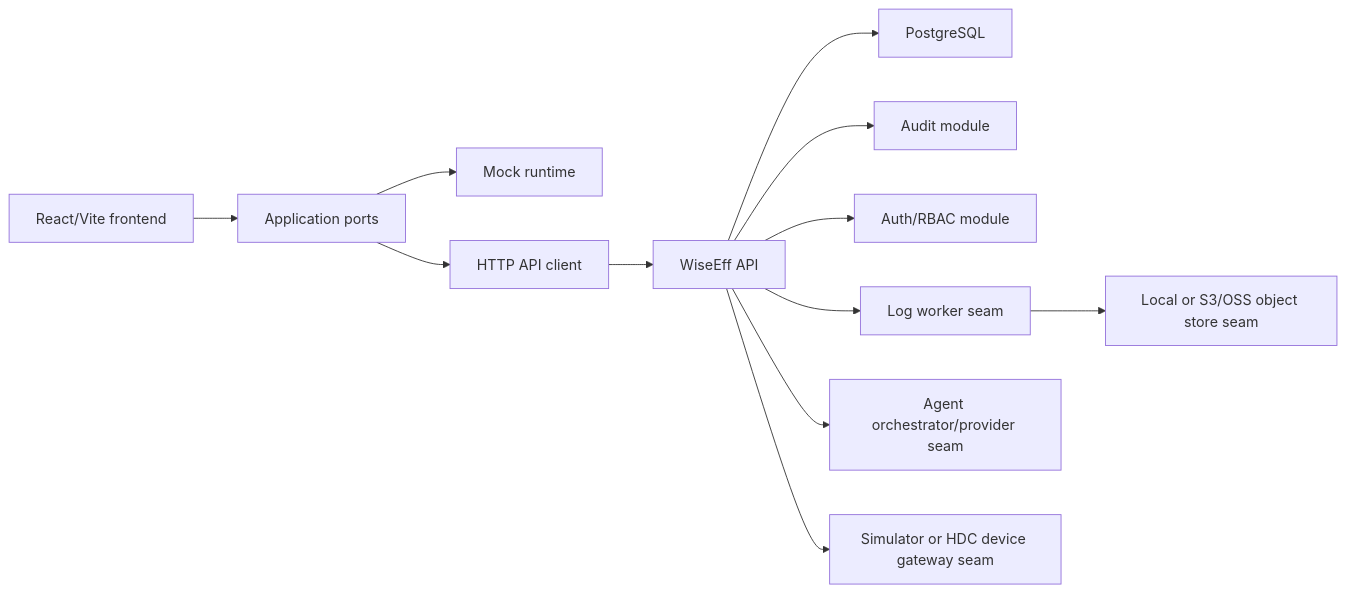
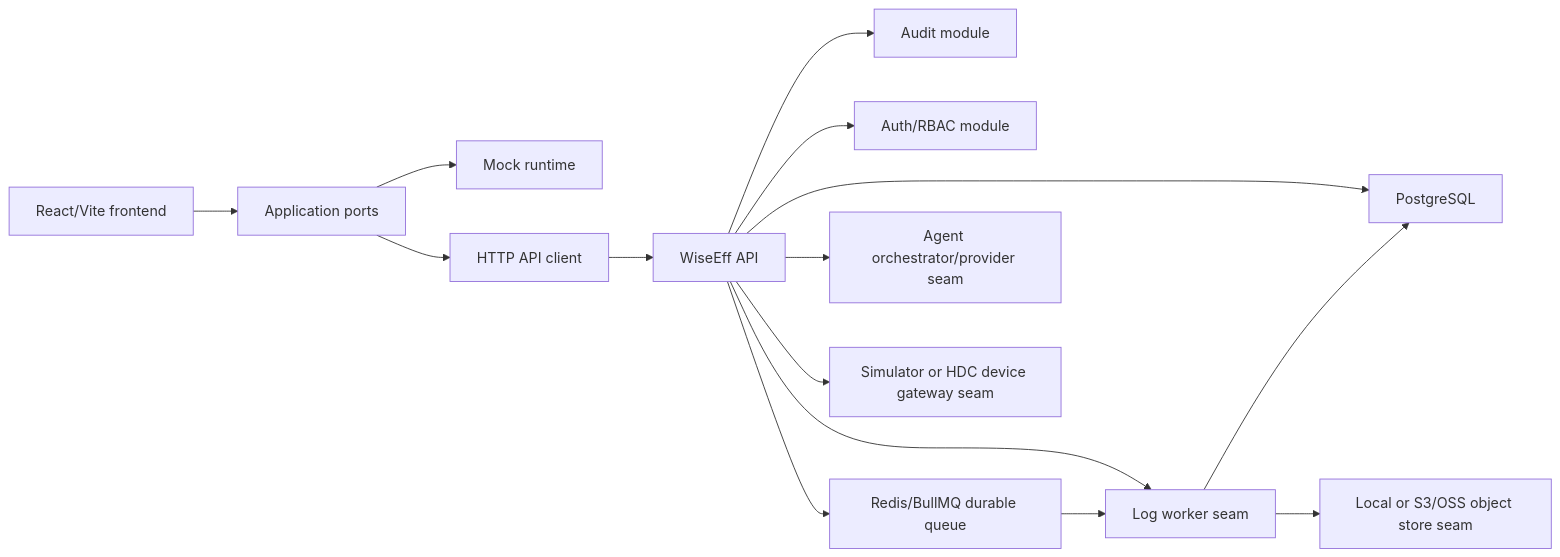
Before and after one commit to tzrea1-Q/WiseEff: the diagram in ARCHITECTURE.md, drawn with Mermaid. The commit also changed other lines of this file and 59 other files, not shown here.

Commit message:
Implement M6.4 durable queue runtime

````diff
--- a/ARCHITECTURE.md
+++ b/ARCHITECTURE.md
@@ -9,14 +9,17 @@
 ```mermaid
 flowchart LR
   Browser["React/Vite frontend"] --> Ports["Application ports"]
   Ports --> Mock["Mock runtime"]
   Ports --> Http["HTTP API client"]
   Http --> Api["WiseEff API"]
   Api --> Db["PostgreSQL"]
   Api --> Audit["Audit module"]
   Api --> Auth["Auth/RBAC module"]
   Api --> Worker["Log worker seam"]
+  Api --> Queue["Redis/BullMQ durable queue"]
+  Queue --> Worker
+  Worker --> Db
   Worker --> ObjectStore["Local or S3/OSS object store seam"]
   Api --> Agent["Agent orchestrator/provider seam"]
   Api --> Gateway["Simulator or HDC device gateway seam"]
 ```
````
